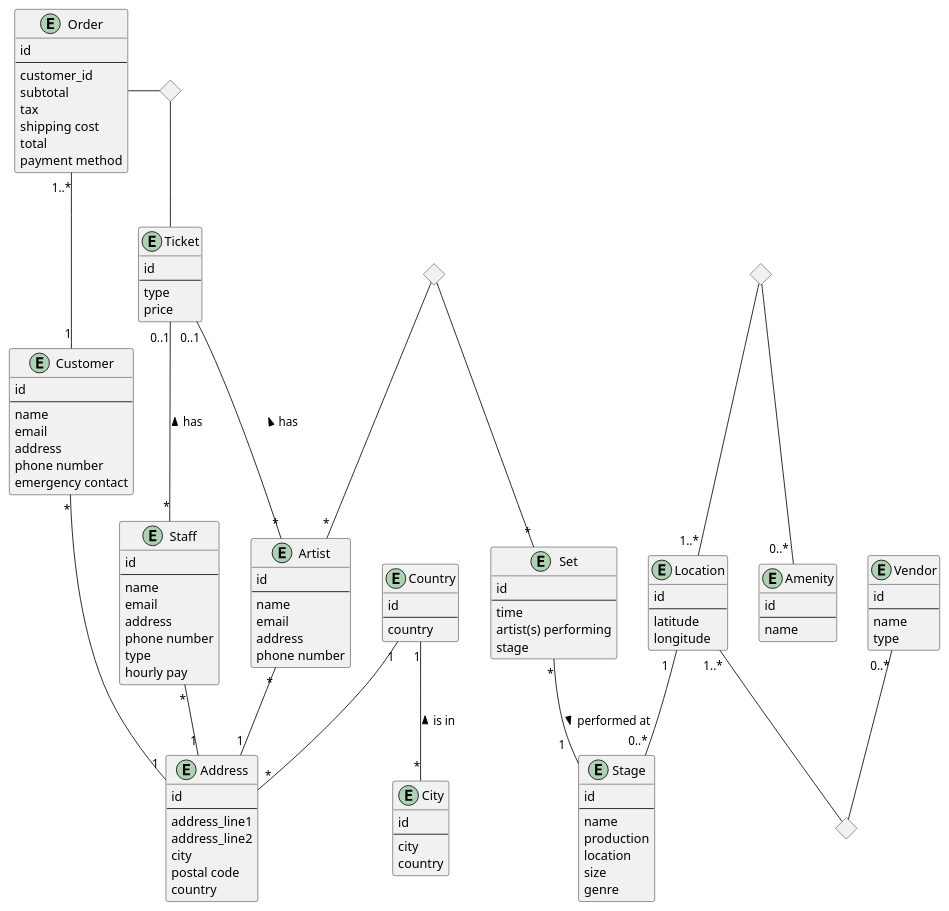
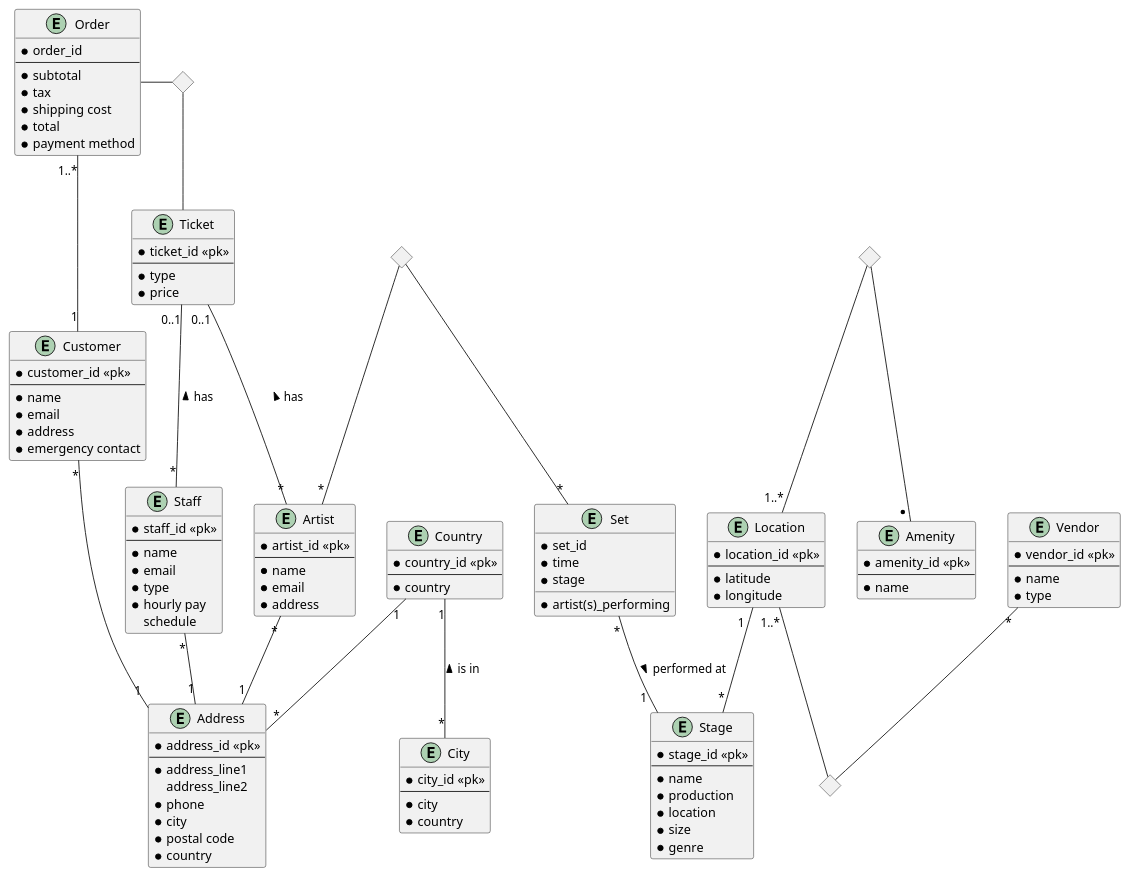
The diagram in logical_2395018_1887026.md (tristandasilva/cosmic_queries), drawn with PlantUML before and after one commit. The commit also changed 1 other file, not shown here.

Commit message:
Tristan's changes to physical diagram, updating logical diagram

```diff
--- a/logical_2395018_1887026.md
+++ b/logical_2395018_1887026.md
@@ -4,112 +4,108 @@
 @startuml
 
 entity Ticket {
-    id
+    * ticket_id <<pk>>
     --
-    type
-    price
+    * type
+    * price
 }
 
 entity Order {
-    id
+    * order_id
     --
-    customer_id
-    subtotal
-    tax
-    shipping cost
-    total
-    payment method
+    * subtotal
+    * tax
+    * shipping cost
+    * total
+    * payment method
 }
 
 entity Customer {
-    id
+    * customer_id <<pk>>
     --
-    name
-    email
-    address
-    phone number
-    emergency contact
+    * name
+    * email
+    * address
+    * emergency contact
 }
 
 entity Artist {
-    id
+    * artist_id <<pk>>
     --
-    name
-    email
-    address
-    phone number
+    * name
+    * email
+    * address
 }
 
 entity Staff {
-    id
+    * staff_id <<pk>>
     --
-    name
-    email
-    address
-    phone number
-    type
-    hourly pay
+    * name
+    * email
+    * type
+    * hourly pay
+    schedule
 }
 
 entity Stage {
-    id
+    * stage_id <<pk>>
     --
-    name
-    production
-    location
-    size
-    genre
+    * name
+    * production
+    * location
+    * size
+    * genre
 }
 
 entity Vendor {
-    id
+    * vendor_id <<pk>>
     --
-    name
-    type
+    * name
+    * type
 }
 
 entity Address {
-    id
+    * address_id <<pk>>
     --
-    address_line1
+    * address_line1
     address_line2
-    city
-    postal code
-    country
+    * phone
+    * city
+    * postal code
+    * country
 }
 
 entity Country {
-    id
+    * country_id <<pk>>
     --
-    country
+    * country
 }
 
 entity City {
-    id
+    * city_id <<pk>>
     --
-    city
-    country
+    * city
+    * country
 }
 
 entity Location {
-    id
+    * location_id <<pk>>
     --
-    latitude
-    longitude
+    * latitude
+    * longitude
 }
 
 entity Amenity {
-    id
+    * amenity_id <<pk>>
     --
-    name
+    * name
 }
 
 entity Set {
-    id
-    --
-    time
-    artist(s) performing
-    stage
+    * set_id
+    * time
+    * artist(s)_performing
+    * stage
 }
 
 <> artist_set_diamond
@@ -125,9 +121,9 @@
 Ticket "0..1" -- "*" Artist: has <
 Ticket "0..1" -- "*" Staff: has <
 'Stage "1..*" -- "1..*" Artist: performs at <
-Location "1  " -- "0..*" Stage
-'Location "1..*" -- "0..*" Vendor
-'Location "1..*" -- "0..*" Amenity
+Location "1  " -- "*" Stage
+'Location "1..*" -- "*" Vendor
+'Location "1..*" -- "*" Amenity
 Artist "*" -- "1" Address
 Staff "*" -- "1" Address
 Customer "*" -- "1" Address
@@ -137,9 +133,9 @@
 'Set "*" -- "*" Artist
 artist_set_diamond -- "*" Artist
 artist_set_diamond -- "*" Set
-Vendor "0..*" -- vendor_location_diamond
+Vendor "*" -- vendor_location_diamond
 Location "  1..*" -- vendor_location_diamond
-amenity_location_diamond -- "0..* " Amenity
+amenity_location_diamond -- "* " Amenity
 amenity_location_diamond -- "1..*" Location
 
 @enduml
```
